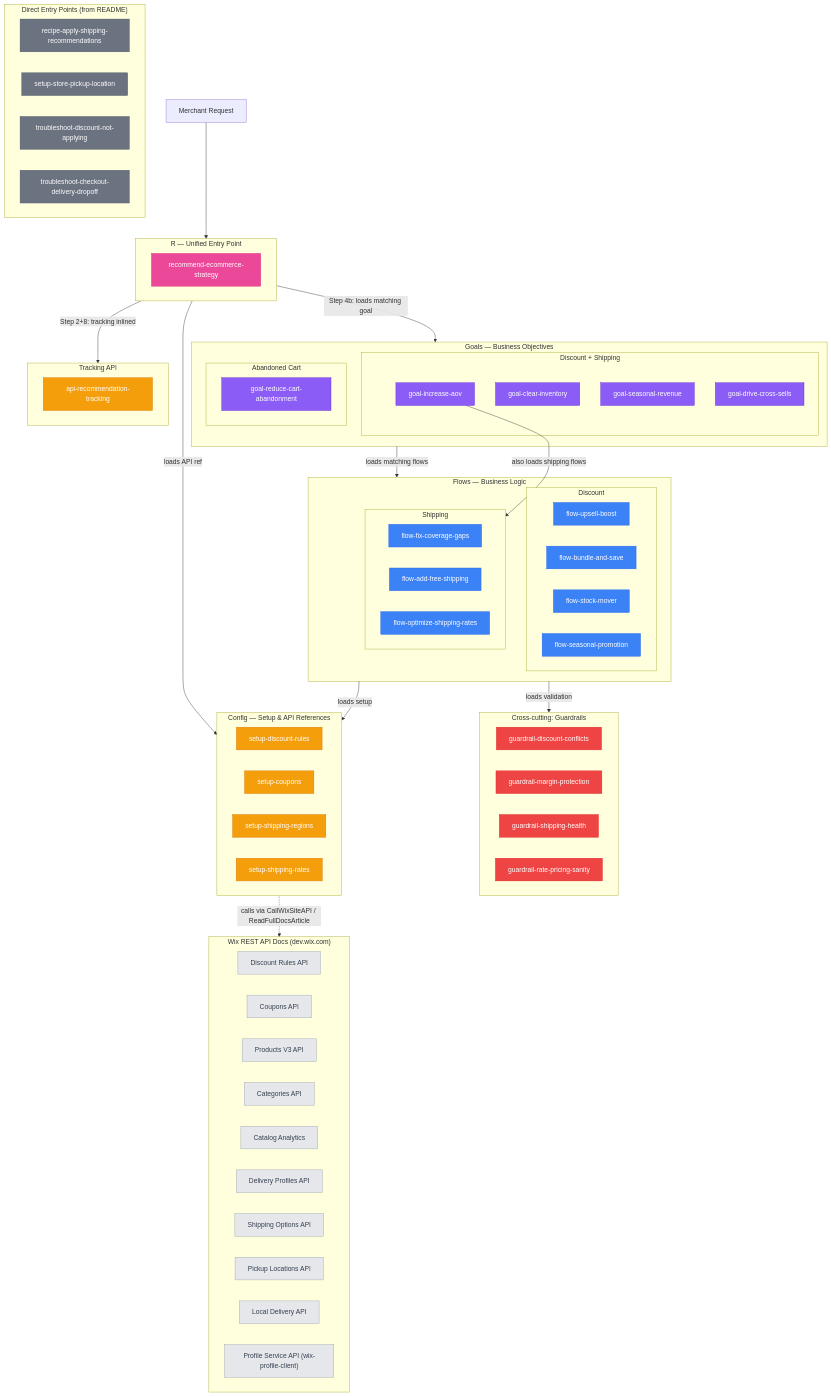
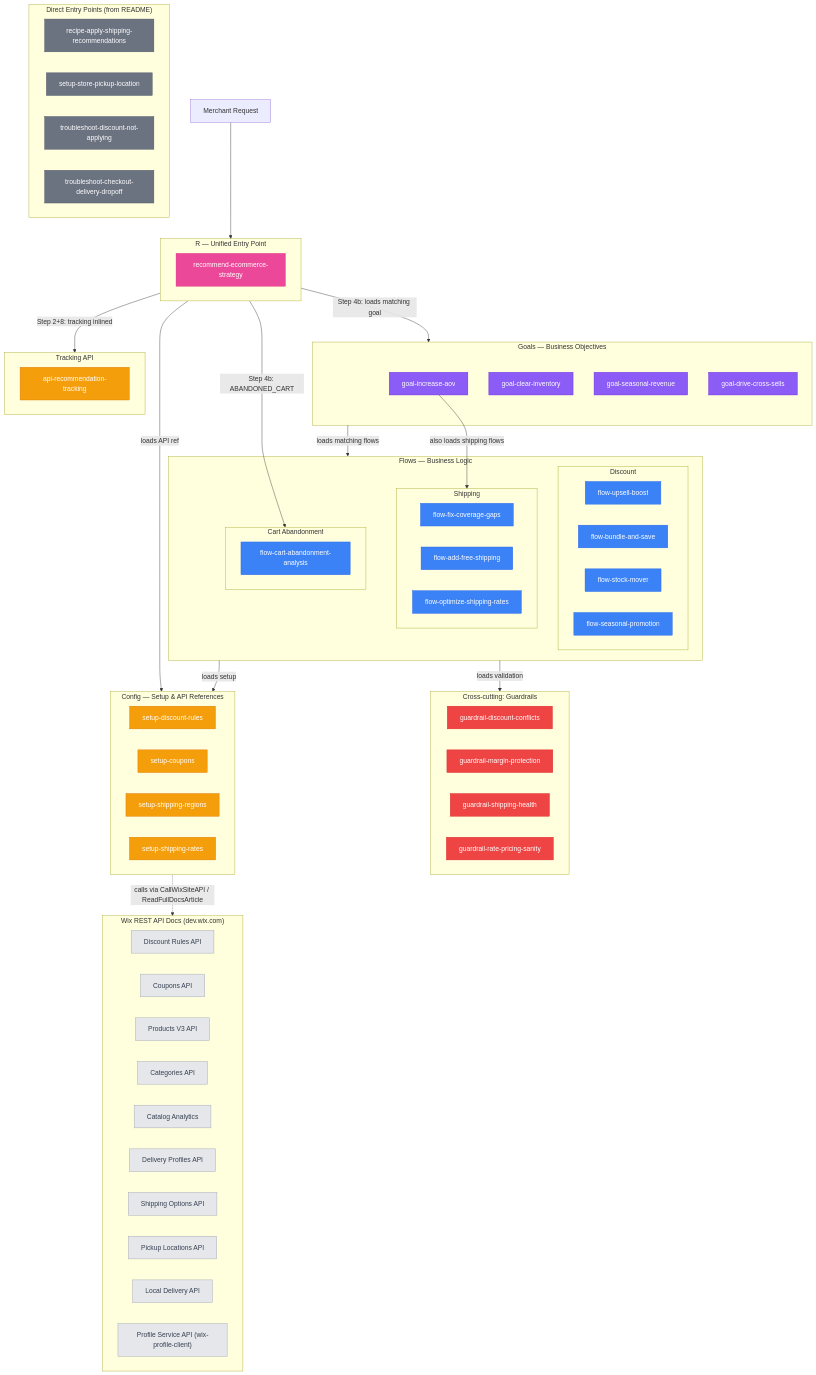
Before and after one commit to wix/skills: the diagram in skills/wix-manage/references/ecommerce/skill-graph.md, drawn with Mermaid. The commit also changed other lines of this file and 5 other files, not shown here.

First line of the commit message:
feat(ecommerce): add cart abandonment analysis flow skill

```diff
--- a/skills/wix-manage/references/ecommerce/skill-graph.md
+++ b/skills/wix-manage/references/ecommerce/skill-graph.md
@@ -15,18 +15,14 @@
 
     R --> |"loads API ref"| Config
     R --> |"Step 4b: loads matching goal"| Goals
+    R --> |"Step 4b: ABANDONED_CART"| FAC
     R --> |"Step 2+8: tracking inlined"| TrackingAPI
 
     subgraph Goals["Goals — Business Objectives"]
-        subgraph GD["Discount + Shipping"]
-            goal-increase-aov
-            goal-clear-inventory
-            goal-seasonal-revenue
-            goal-drive-cross-sells
-        end
-        subgraph GA["Abandoned Cart"]
-            goal-reduce-cart-abandonment
-        end
+        goal-increase-aov
+        goal-clear-inventory
+        goal-seasonal-revenue
+        goal-drive-cross-sells
     end
 
     Goals --> |"loads matching flows"| Flows
@@ -43,6 +39,9 @@
             flow-fix-coverage-gaps
             flow-add-free-shipping
             flow-optimize-shipping-rates
+        end
+        subgraph FAC["Cart Abandonment"]
+            flow-cart-abandonment-analysis
         end
     end
 
@@ -97,9 +96,9 @@
     classDef standalone fill:#6b7280,stroke:#4b5563,color:#fff
     classDef apidoc fill:#e5e7eb,stroke:#9ca3af,color:#374151
 
-    class goal-increase-aov,goal-clear-inventory,goal-seasonal-revenue,goal-drive-cross-sells,goal-reduce-cart-abandonment goal
+    class goal-increase-aov,goal-clear-inventory,goal-seasonal-revenue,goal-drive-cross-sells goal
     class guardrail-discount-conflicts,guardrail-margin-protection,guardrail-shipping-health,guardrail-rate-pricing-sanity guardrail
-    class flow-upsell-boost,flow-bundle-and-save,flow-stock-mover,flow-seasonal-promotion,flow-fix-coverage-gaps,flow-add-free-shipping,flow-optimize-shipping-rates flow
+    class flow-upsell-boost,flow-bundle-and-save,flow-stock-mover,flow-seasonal-promotion,flow-fix-coverage-gaps,flow-add-free-shipping,flow-optimize-shipping-rates,flow-cart-abandonment-analysis flow
     class setup-discount-rules,setup-coupons,setup-shipping-regions,setup-shipping-rates,api-recommendation-tracking config
     class recommend-ecommerce-strategy reco
     class recipe-apply-shipping-recommendations,setup-store-pickup-location,troubleshoot-discount-not-applying,troubleshoot-checkout-delivery-dropoff standalone
```
